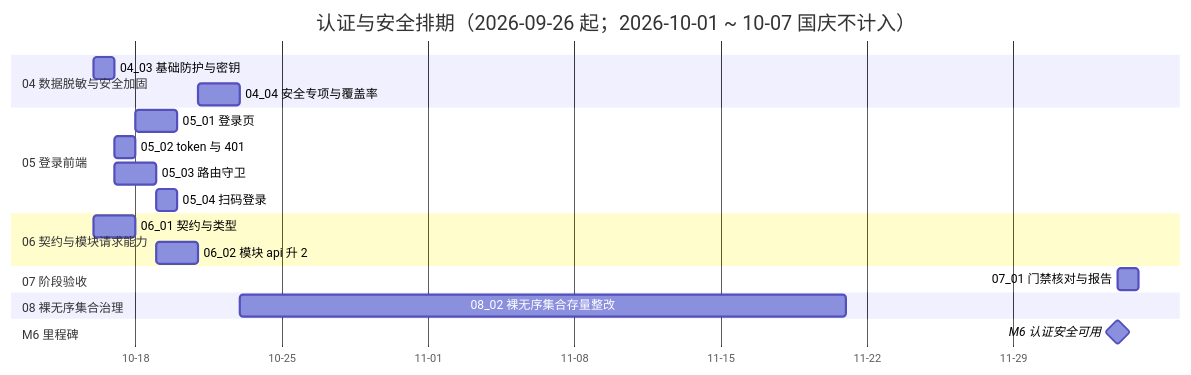
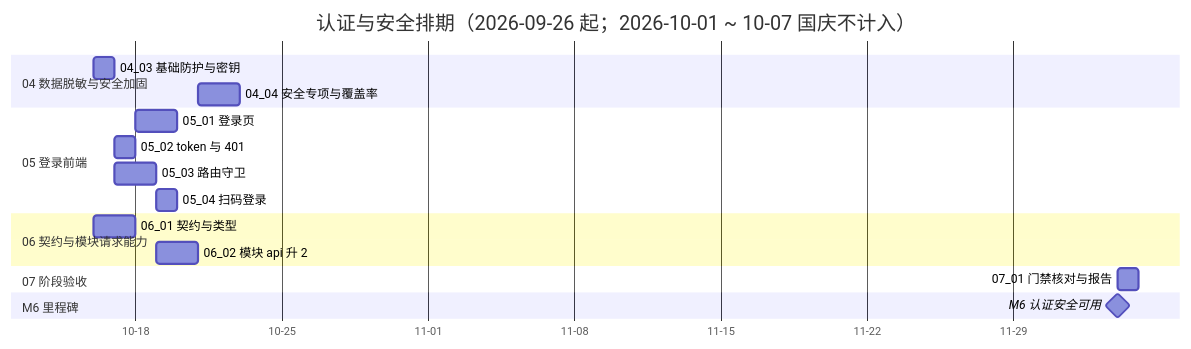
One commit to minjian123/basic-management-system changed the diagram in bms文档/项目/06_认证与安全/计划/01_计划_认证与安全.md. Above: the diagram before and after it, drawn with Mermaid. The commit also changed 2 other files, not shown here.

Commit message:
docs(认证与安全): 04_02 记录闭环（进度图删 08_02 节点，check-status 复校 0 硬 0 软）

````diff
--- a/bms文档/项目/06_认证与安全/计划/01_计划_认证与安全.md
+++ b/bms文档/项目/06_认证与安全/计划/01_计划_认证与安全.md
@@ -75,23 +75,21 @@
 ```mermaid
 gantt
     title 认证与安全排期（2026-09-26 起；2026-10-01 ~ 10-07 国庆不计入）
     dateFormat  YYYY-MM-DD
     axisFormat %m-%d
     section 04 数据脱敏与安全加固
     04_03 基础防护与密钥 :d3, 2026-10-16, 1d
     04_04 安全专项与覆盖率 :d4, 2026-10-21, 2d
     section 05 登录前端
     05_01 登录页 :e1, 2026-10-18, 2d
     05_02 token 与 401 :e2, 2026-10-17, 1d
     05_03 路由守卫 :e3, 2026-10-17, 2d
     05_04 扫码登录 :e4, 2026-10-19, 1d
     section 06 契约与模块请求能力
     06_01 契约与类型 :f1, 2026-10-16, 2d
     06_02 模块 api 升 2 :f2, 2026-10-19, 2d
     section 07 阶段验收
     07_01 门禁核对与报告 :g1, 2026-12-04, 1d
-    section 08 裸无序集合治理
-    08_02 裸无序集合存量整改 :h1, 2026-10-23, 29d
     section M6 里程碑
     M6 认证安全可用 :milestone, mm6, 2026-12-04, 0d
 ```
````
